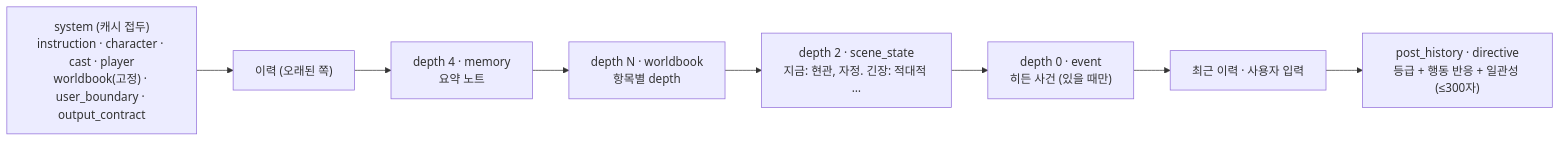
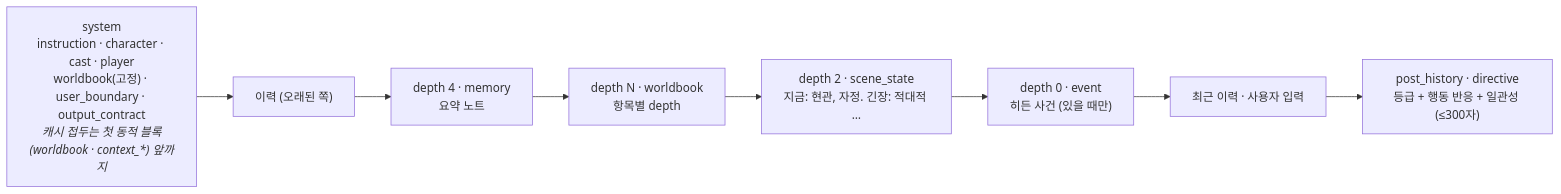
One commit to saroby/RabbitEngine changed the second of 3 diagrams in README.md. Above: the diagram before and after it, drawn with Mermaid. The commit also changed other lines of this file and 18 other files, not shown here.

````diff
--- a/README.md
+++ b/README.md
@@ -60,12 +60,12 @@
 ```mermaid
 flowchart LR
-    SYS["system (캐시 접두)<br>instruction · character · cast · player<br>worldbook(고정) · user_boundary · output_contract"]
+    SYS["system<br>instruction · character · cast · player<br>worldbook(고정) · user_boundary · output_contract<br><i>캐시 접두는 첫 동적 블록(worldbook · context_*) 앞까지</i>"]
     H1["이력 (오래된 쪽)"]
     M["depth 4 · memory<br>요약 노트"]
     W["depth N · worldbook<br>항목별 depth"]
     ST["depth 2 · scene_state<br>지금: 현관, 자정. 긴장: 적대적 …"]
     EV["depth 0 · event<br>히든 사건 (있을 때만)"]
     H2["최근 이력 · 사용자 입력"]
     D["post_history · directive<br>등급 + 행동 반응 + 일관성 (≤300자)"]
     SYS --> H1 --> M --> W --> ST --> EV --> H2 --> D
 ```
````
